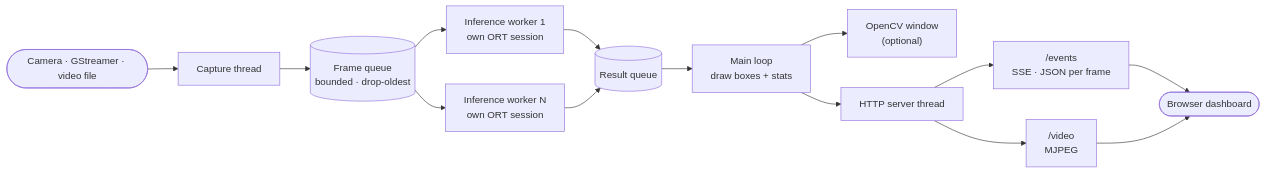
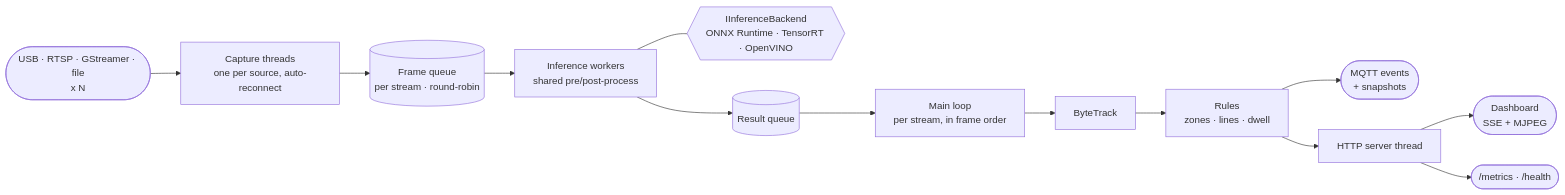
The second of 2 diagrams in README.md (lehunghieu1503/cpp-realtime-video-analytics), drawn with Mermaid before and after one commit. The commit also changed other lines of this file and 3 other files, not shown here.

````diff
--- a/README.md
+++ b/README.md
@@ -124,16 +182,15 @@
 ```mermaid
 flowchart LR
-    src(["Camera · GStreamer · video file"]) --> cap["Capture thread"]
-    cap --> fq[("Frame queue<br/>bounded · drop-oldest")]
-    fq --> w1["Inference worker 1<br/>own ORT session"]
-    fq --> wn["Inference worker N<br/>own ORT session"]
-    w1 --> rq[("Result queue")]
-    wn --> rq
-    rq --> main["Main loop<br/>draw boxes + stats"]
-    main --> win["OpenCV window<br/>(optional)"]
-    main --> http["HTTP server thread"]
-    http --> ev["/events<br/>SSE · JSON per frame"]
-    http --> vid["/video<br/>MJPEG"]
-    ev --> dash(["Browser dashboard"])
-    vid --> dash
+    src(["USB · RTSP · GStreamer · file<br/>x N"]) --> cap["Capture threads<br/>one per source, auto-reconnect"]
+    cap --> fq[("Frame queue<br/>per stream · round-robin")]
+    fq --> w["Inference workers<br/>shared pre/post-process"]
+    w --- be{{"IInferenceBackend<br/>ONNX Runtime · TensorRT · OpenVINO"}}
+    w --> rq[("Result queue")]
+    rq --> main["Main loop<br/>per stream, in frame order"]
+    main --> tr["ByteTrack"]
+    tr --> ru["Rules<br/>zones · lines · dwell"]
+    ru --> mq(["MQTT events<br/>+ snapshots"])
+    ru --> http["HTTP server thread"]
+    http --> dash(["Dashboard<br/>SSE + MJPEG"])
+    http --> met(["/metrics · /health"])
 ```
````
